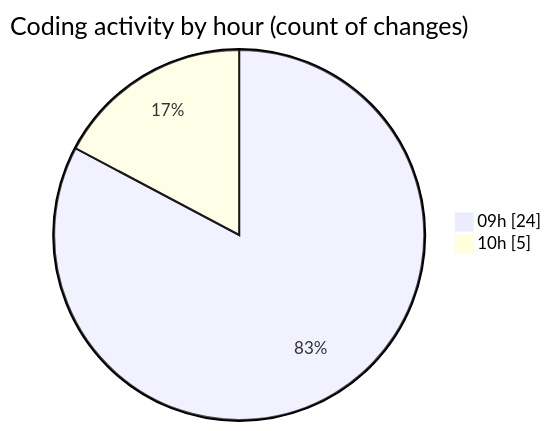
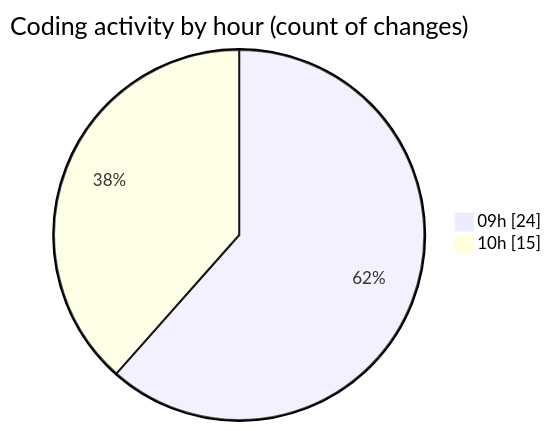
Before and after one commit to MatusMokan/code-tracking: the second of 2 diagrams in 2025-05-08/myws__workspace_/README.md, drawn with Mermaid. The commit also changed other lines of this file and 1 other file, not shown here.

````diff
--- a/2025-05-08/myws__workspace_/README.md
+++ b/2025-05-08/myws__workspace_/README.md
@@ -29,6 +30,6 @@
 ```mermaid
 pie showData
 title Coding activity by hour (count of changes)
 "09h" : 24
-"10h" : 5
+"10h" : 15
 ```
````
